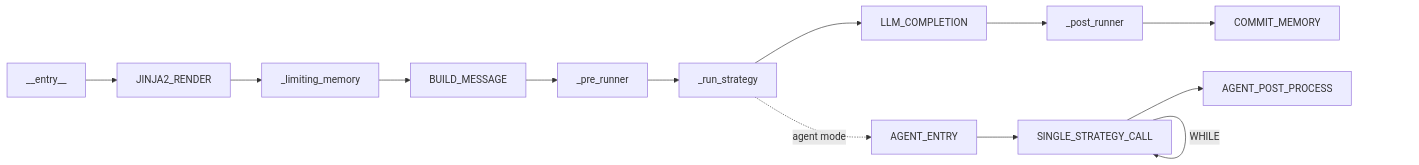
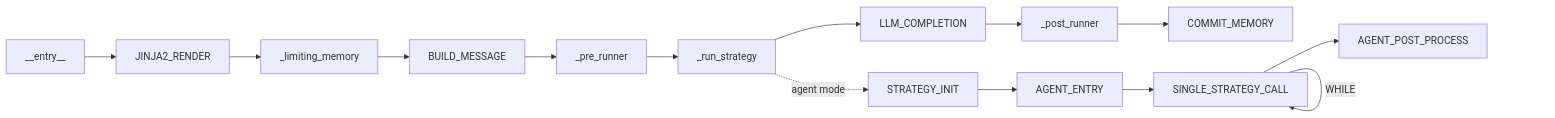
Before and after one commit to AmritaBot/AmritaCore: the diagram in docs/docs/guide/concepts/workflow-engine.md, drawn with Mermaid. The commit also changed other lines of this file and 33 other files, not shown here.

First line of the commit message:
Add pre-composed workflows and DI-based agent strategy context (#128)

````diff
--- a/docs/docs/guide/concepts/workflow-engine.md
+++ b/docs/docs/guide/concepts/workflow-engine.md
@@ -27,15 +27,16 @@
 ```mermaid
 graph LR
     A[__entry__] --> B[JINJA2_RENDER]
     B --> C[_limiting_memory]
     C --> D[BUILD_MESSAGE]
     D --> E[_pre_runner]
     E --> F[_run_strategy]
     F --> G[LLM_COMPLETION]
     G --> H[_post_runner]
     H --> I[COMMIT_MEMORY]
-    F -.->|agent mode| J[AGENT_ENTRY]
-    J --> K[SINGLE_STRATEGY_CALL]
-    K -->|WHILE| K
-    K --> L[AGENT_POST_PROCESS]
+    F -.->|agent mode| J[STRATEGY_INIT]
+    J --> K[AGENT_ENTRY]
+    K --> L[SINGLE_STRATEGY_CALL]
+    L -->|WHILE| L
+    L --> M[AGENT_POST_PROCESS]
 ```
````
